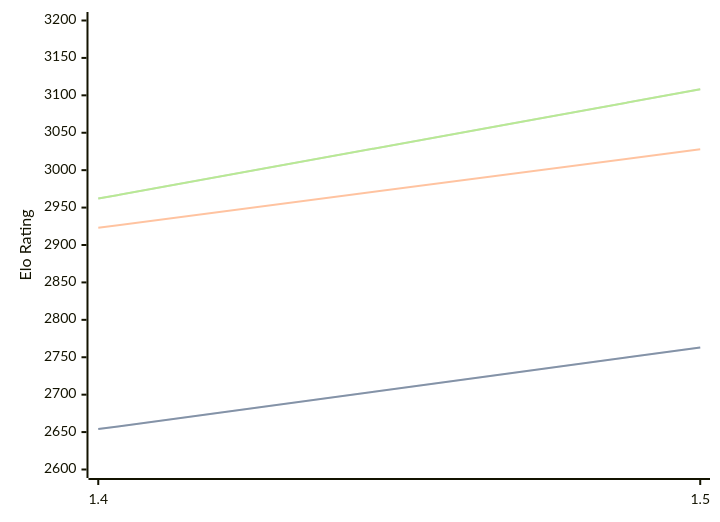
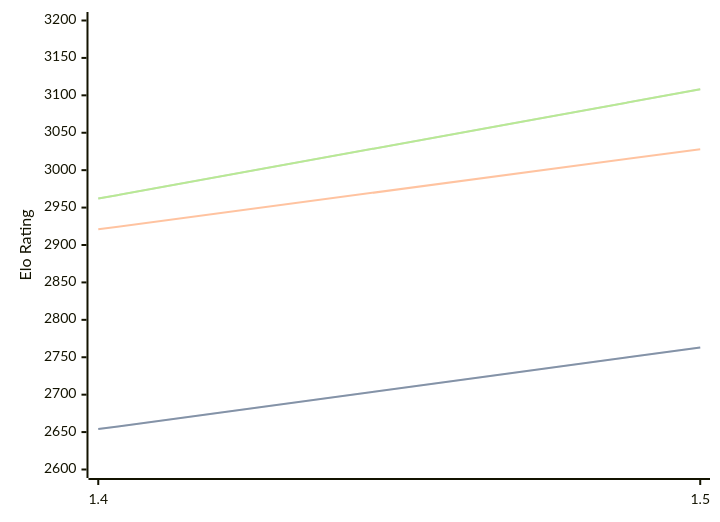
One commit to computer-chess-index/cci changed the diagram in engines/Yakka.md. Above: the diagram before and after it, drawn with Mermaid. The commit also changed other lines of this file, not shown here.

````diff
--- a/engines/Yakka.md
+++ b/engines/Yakka.md
@@ -32,11 +32,11 @@
 ```mermaid
 %%{init: {"theme":"base","themeVariables":{"seriesColors:['#a3a3a3','#222221','#faa371']}}}%%
 xychart-beta
   x-axis ["1.4", "1.5"]
   y-axis "Elo Rating" 2600 --> 3200
   line "" [2654, 2763]
   line "STC (8.0+0.08s)" [2654, 2763]
-  line "LTC (60.0+0.60s)" [2923, 3028]
+  line "LTC (60.0+0.60s)" [2921, 3028]
   line "" [2962, 3108]
   line "VLTC (2m24s+1.12s)" [2962, 3108]
 ```
````
